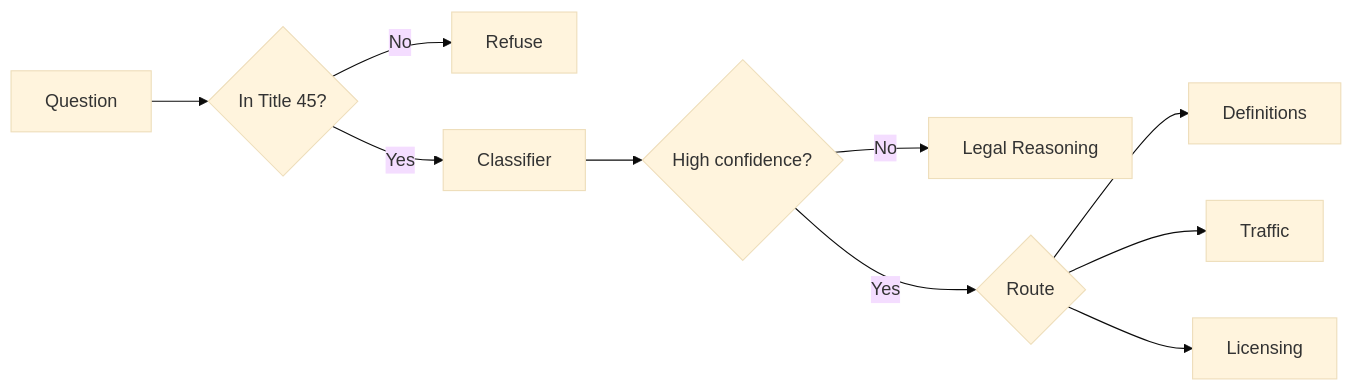
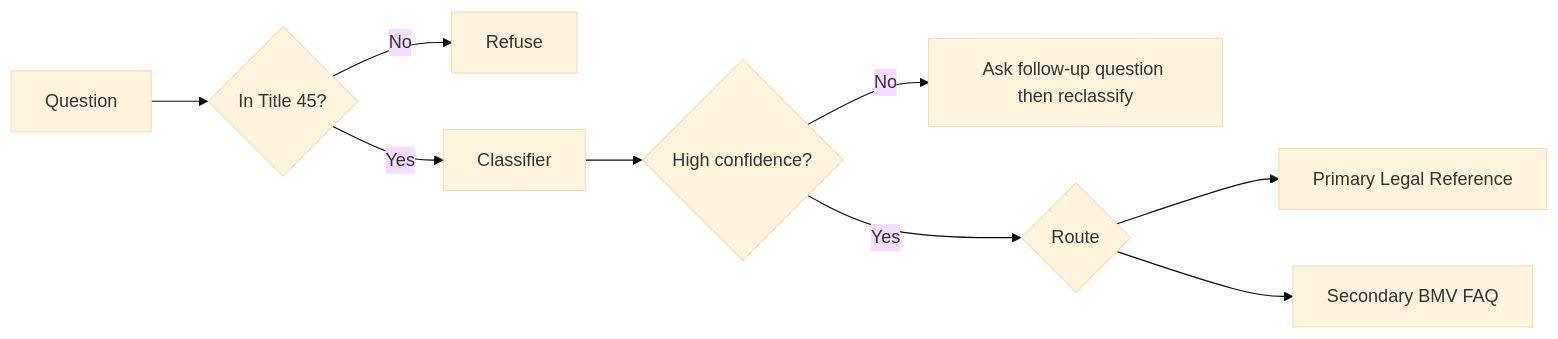
Before and after one commit to ricardo-msft-SE/policybot1: the fifth of 6 diagrams in docs/workflow-architecture-alternative.md, drawn with Mermaid (base theme). The commit also changed other lines of this file and 4 other files, not shown here.

Commit message:
docs: adopt backend-api workflow architecture and clarification routing

````diff
--- a/docs/workflow-architecture-alternative.md
+++ b/docs/workflow-architecture-alternative.md
@@ -159,12 +156,11 @@
 ```mermaid
 flowchart LR
     Q[Question] --> G{In Title 45?}
     G -- No --> X[Refuse]
     G -- Yes --> C[Classifier]
     C --> V{High confidence?}
-    V -- No --> A4[Legal Reasoning]
-    V -- Yes --> R{Route}
-    R --> A1[Definitions]
-    R --> A2[Traffic]
-    R --> A3[Licensing]
+  V -- No --> F[Ask follow-up question then reclassify]
+  V -- Yes --> R{Route}
+  R --> A1[Primary Legal Reference]
+  R --> A2[Secondary BMV FAQ]
 ```
````
